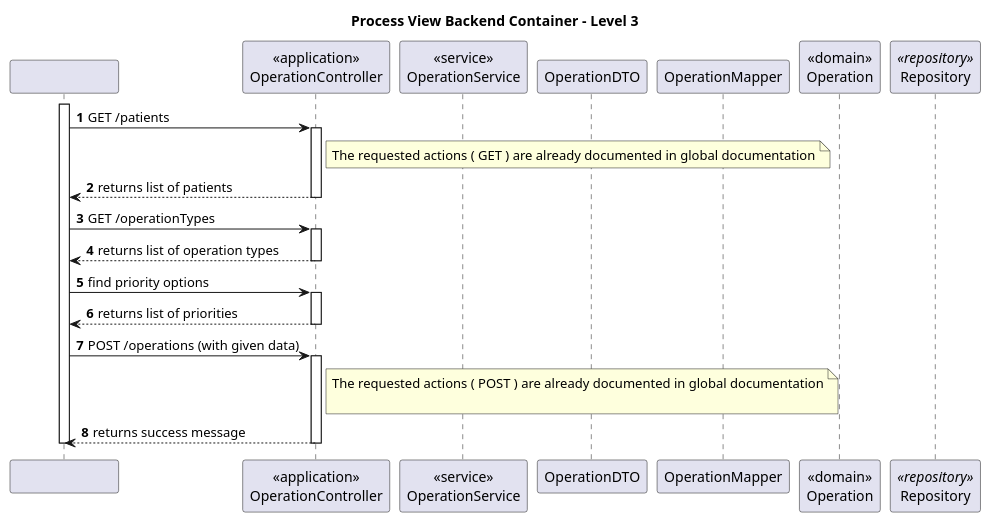
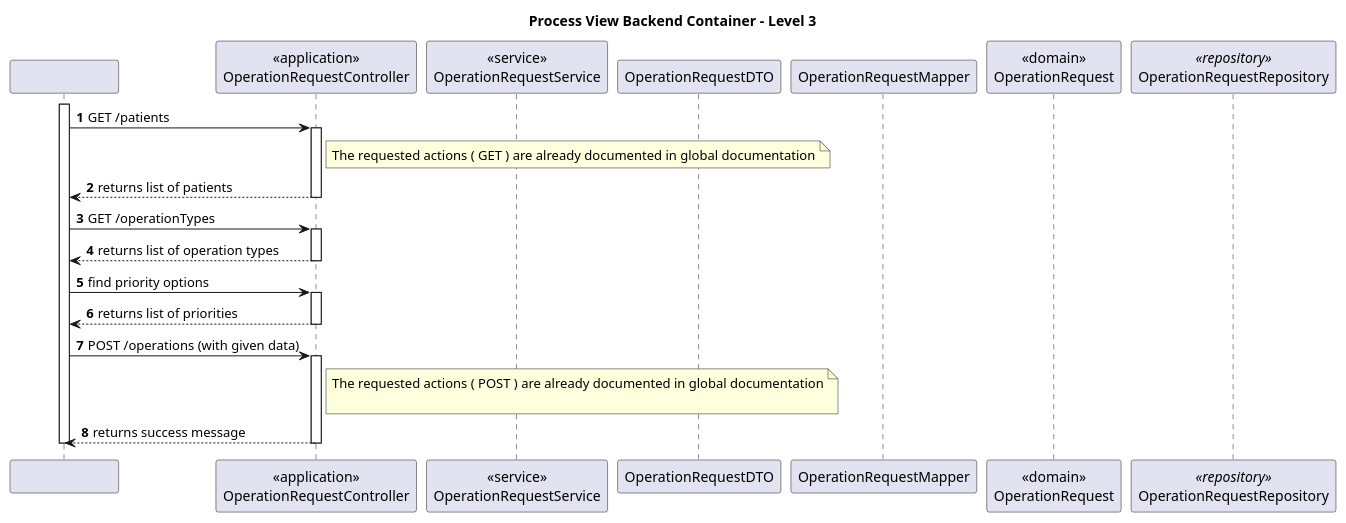
Before and after one commit to Saquinho74/LAPR5: the diagram in Docs/SprintA/US16/level3/process_view.puml, drawn with PlantUML. The commit also changed 3 other files, not shown here.

Commit message:
#16 Operation request documentation updated with correct names

```diff
--- a/Docs/SprintA/US16/level3/process_view.puml
+++ b/Docs/SprintA/US16/level3/process_view.puml
@@ -1,69 +1,69 @@
 @startuml
 autonumber
 participant "                          " as sys
-participant "<<application>>\nOperationController" as ctrl
-participant "<<service>>\nOperationService" as serv
-participant "OperationDTO" as dto
-participant "OperationMapper" as map
-participant "<<domain>>\nOperation" as operation
-participant "Repository" as repo <<repository>>
+participant "<<application>>\nOperationRequestController" as ctrl
+participant "<<service>>\nOperationRequestService" as serv
+participant "OperationRequestDTO" as dto
+participant "OperationRequestMapper" as map
+participant "<<domain>>\nOperationRequest" as operation
+participant "OperationRequestRepository" as repo <<repository>>
 
 title Process View Backend Container - Level 3
 
 
 activate sys
 
 sys -> ctrl : GET /patients
 note right of ctrl
   The requested actions ( GET ) are already documented in global documentation
 end note
 
 activate ctrl
 ctrl --> sys : returns list of patients
 deactivate ctrl
 
 
 sys -> ctrl : GET /operationTypes
 
 
 
 
 
 
 
 
 activate ctrl
 
 
 ctrl --> sys : returns list of operation types
 deactivate ctrl
 
 sys -> ctrl : find priority options
 activate ctrl
 ctrl --> sys : returns list of priorities
 deactivate ctrl
 
 
 
 
 sys -> ctrl : POST /operations (with given data)
 
 
 
 activate ctrl
 
 note right of ctrl
   The requested actions ( POST ) are already documented in global documentation
 
 end note
 
 
 ctrl --> sys : returns success message
 
 
 
 
 deactivate ctrl
 deactivate sys
 
 @enduml
```
